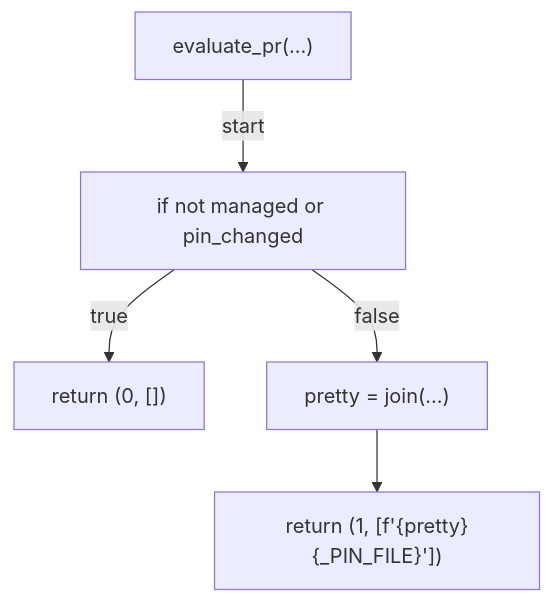
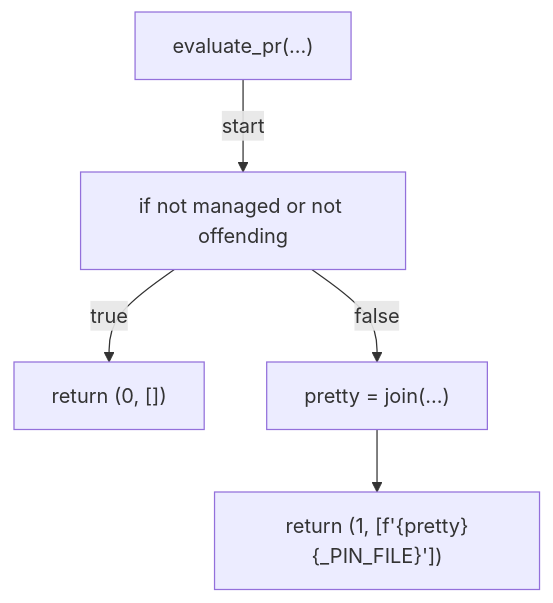
Before and after one commit to tvna/claude-md: diagram 28 of 31 in docs/generated/scripts/ast/gate_agents_skills_edit.md, drawn with Mermaid. The commit also changed other lines of this file, not shown here.

First line of the commit message:
docs(generated): regenerate decision tree and workflow diagrams

````diff
--- a/docs/generated/scripts/ast/gate_agents_skills_edit.md
+++ b/docs/generated/scripts/ast/gate_agents_skills_edit.md
@@ -364,12 +437,12 @@
 ```mermaid
 flowchart TD
     N001["evaluate_pr(...)"]
-    N002["if not managed or pin_changed"]
+    N002["if not managed or not offending"]
     N003["return (0, [])"]
     N004["pretty = join(...)"]
     N005["return (1, [f'<str>{pretty}<str>{_PIN_FILE}<str>'])"]
     N001 -->|"start"| N002
     N002 -->|"true"| N003
     N002 -->|"false"| N004
     N004 --> N005
 ```
````
